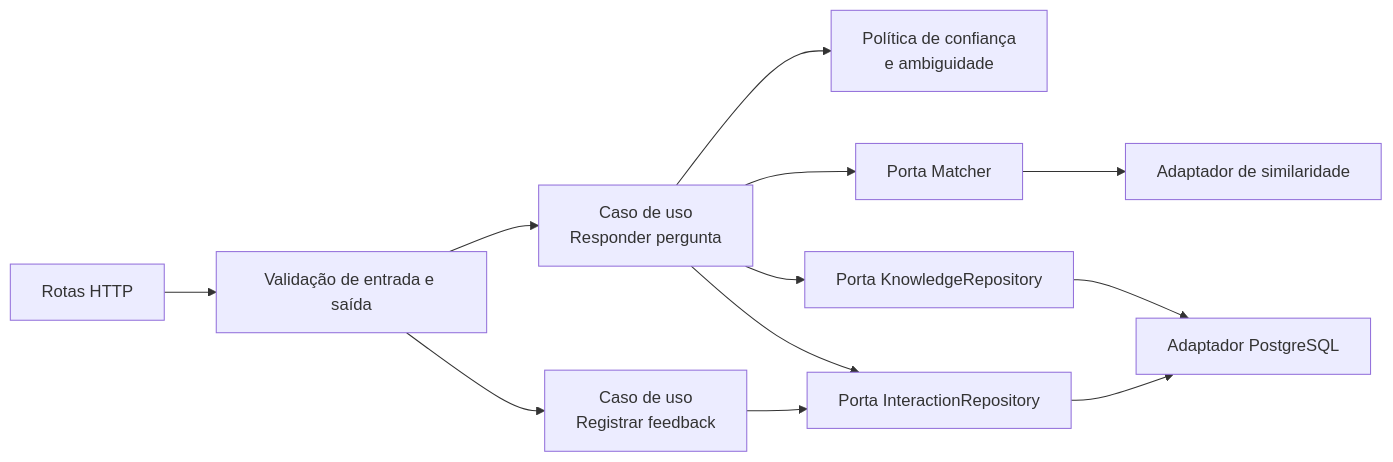
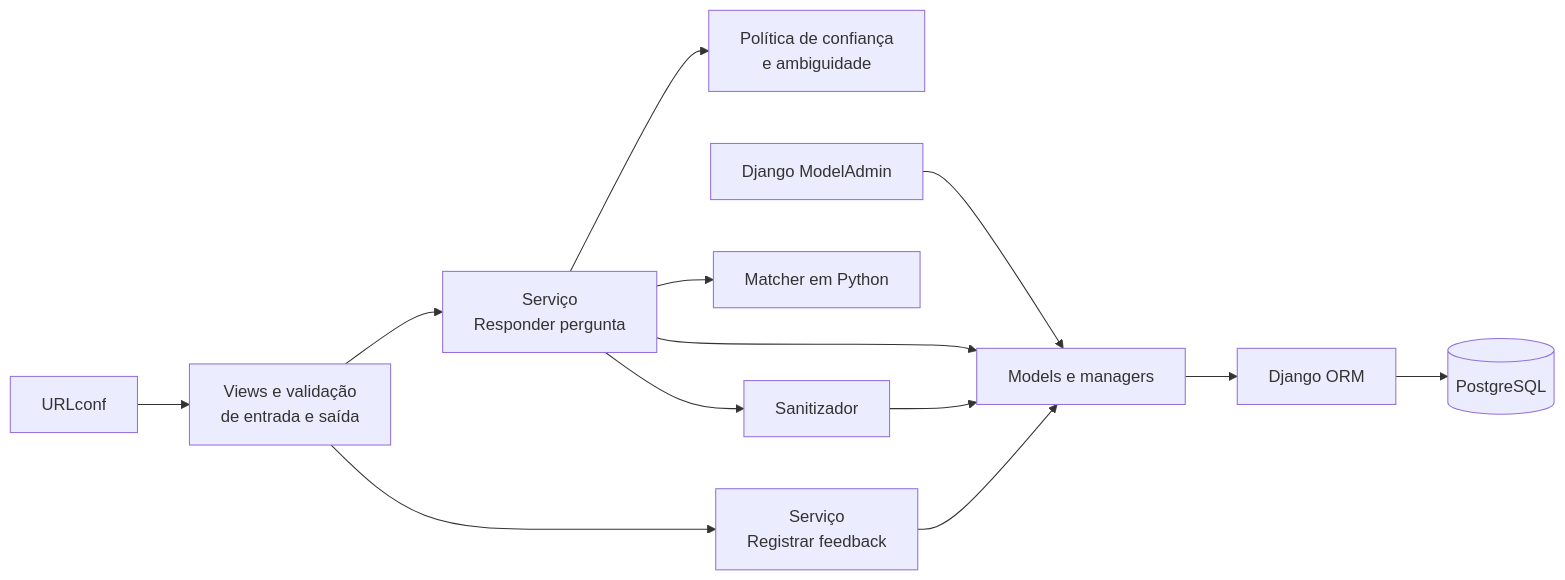
Before and after one commit to walkermooore/chatbot-aginov: the third of 8 diagrams in docs/ARQUITETURA.md, drawn with Mermaid. The commit also changed other lines of this file and 5 other files, not shown here.

````diff
--- a/docs/ARQUITETURA.md
+++ b/docs/ARQUITETURA.md
@@ -94,14 +99,15 @@
 ```mermaid
 flowchart LR
-    ROUTES[Rotas HTTP] --> DTO[Validação de entrada e saída]
-    DTO --> ASK[Caso de uso<br/>Responder pergunta]
-    DTO --> FEED[Caso de uso<br/>Registrar feedback]
+    URLS[URLconf] --> VIEWS[Views e validação<br/>de entrada e saída]
+    VIEWS --> ASK[Serviço<br/>Responder pergunta]
+    VIEWS --> FEED[Serviço<br/>Registrar feedback]
+    ADMIN[Django ModelAdmin] --> MODELS[Models e managers]
     ASK --> POLICY[Política de confiança<br/>e ambiguidade]
-    ASK --> MATCH[Porta Matcher]
-    ASK --> KNOW[Porta KnowledgeRepository]
-    ASK --> EVENT[Porta InteractionRepository]
-    FEED --> EVENT
-    MATCH --> MATCHER[Adaptador de similaridade]
-    KNOW --> POSTGRES[Adaptador PostgreSQL]
-    EVENT --> POSTGRES
+    ASK --> MATCHER[Matcher em Python]
+    ASK --> MODELS
+    ASK --> SANITIZER[Sanitizador]
+    FEED --> MODELS
+    SANITIZER --> MODELS
+    MODELS --> ORM[Django ORM]
+    ORM --> POSTGRES[(PostgreSQL)]
 ```
````
